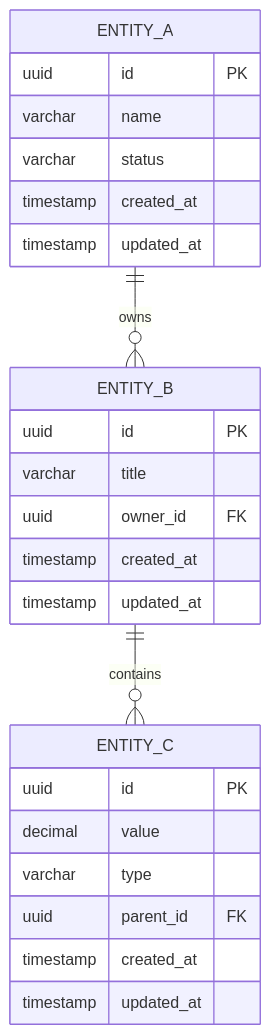
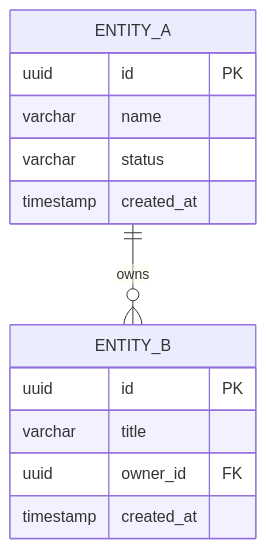
The sixth of 6 diagrams in .gaia/designs/2-class.md (frostaura/ai.toolkit.gaia), drawn with Mermaid before and after one commit. The commit also changed other lines of this file and 4 other files, not shown here.

````diff
--- a/.gaia/designs/2-class.md
+++ b/.gaia/designs/2-class.md
@@ -262,29 +143,16 @@
 ```mermaid
 erDiagram
     ENTITY_A ||--o{ ENTITY_B : owns
     ENTITY_A {
         uuid id PK
         varchar name
         varchar status
         timestamp created_at
-        timestamp updated_at
     }
-    
-    ENTITY_B ||--o{ ENTITY_C : contains
     ENTITY_B {
         uuid id PK
         varchar title
         uuid owner_id FK
         timestamp created_at
-        timestamp updated_at
-    }
-    
-    ENTITY_C {
-        uuid id PK
-        decimal value
-        varchar type
-        uuid parent_id FK
-        timestamp created_at
-        timestamp updated_at
     }
 ```
````
